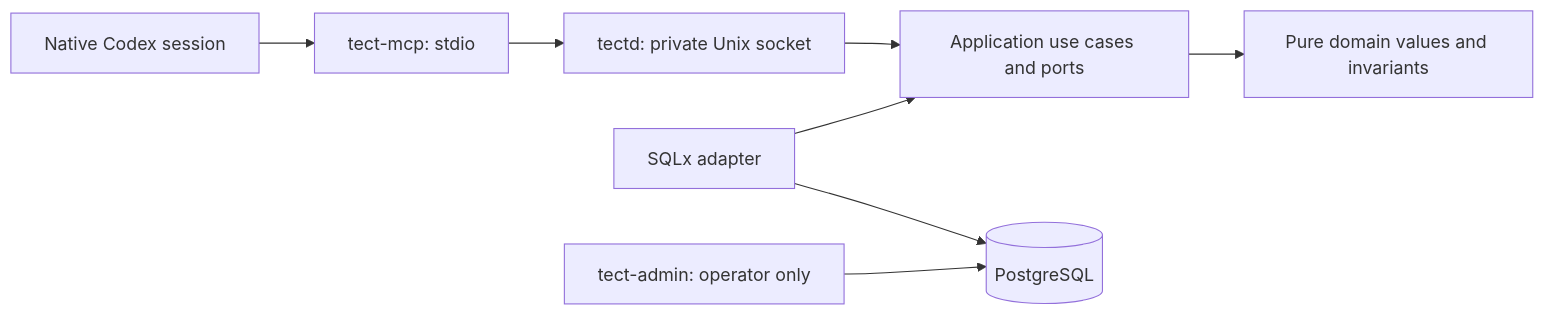
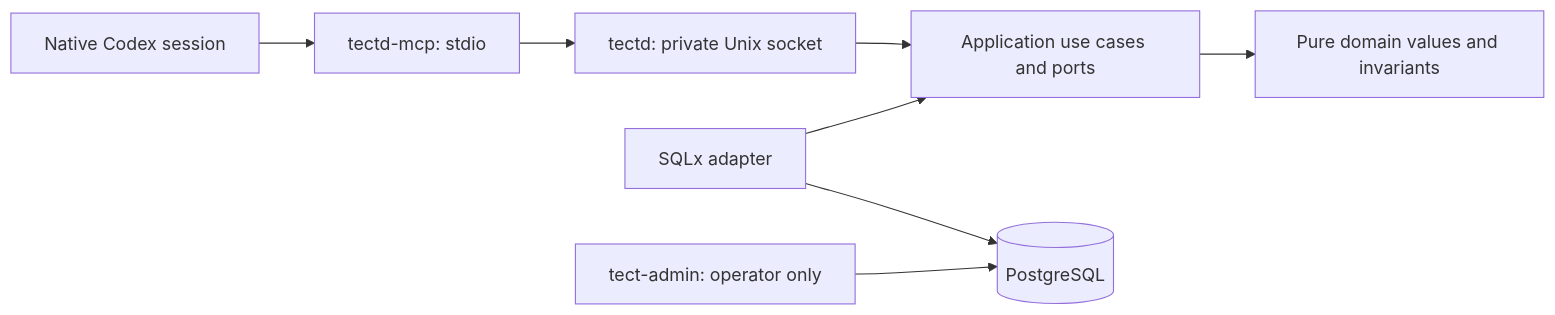
One commit to nuanu-ai/tectd changed the diagram in README.md. Above: the diagram before and after it, drawn with Mermaid. The commit also changed other lines of this file and 15 other files, not shown here.

Commit message:
Fix native Codex identity in distinct TectD MCP connection

````diff
--- a/README.md
+++ b/README.md
@@ -18,10 +18,10 @@
 ```mermaid
 flowchart LR
-  Host[Native Codex session] --> MCP[tect-mcp: stdio]
+  Host[Native Codex session] --> MCP[tectd-mcp: stdio]
   MCP --> Daemon[tectd: private Unix socket]
   Daemon --> App[Application use cases and ports]
   App --> Domain[Pure domain values and invariants]
   PG[SQLx adapter] --> App
   PG --> DB[(PostgreSQL)]
   Admin[tect-admin: operator only] --> DB
 ```
````
